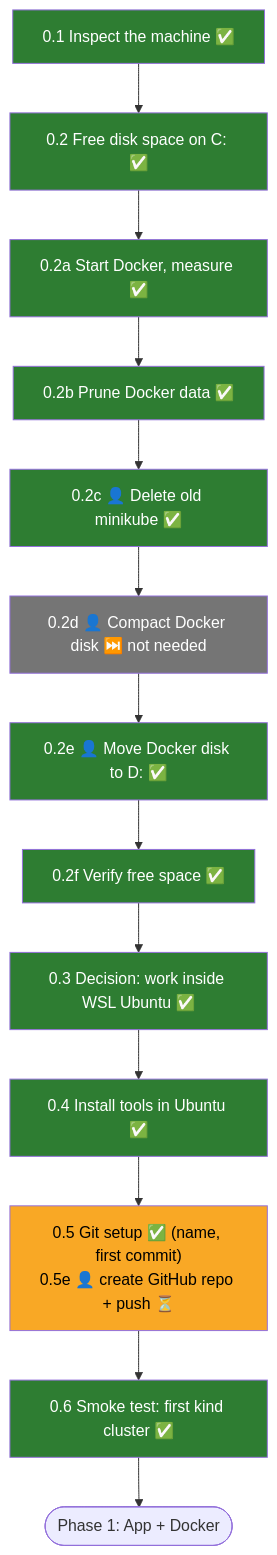
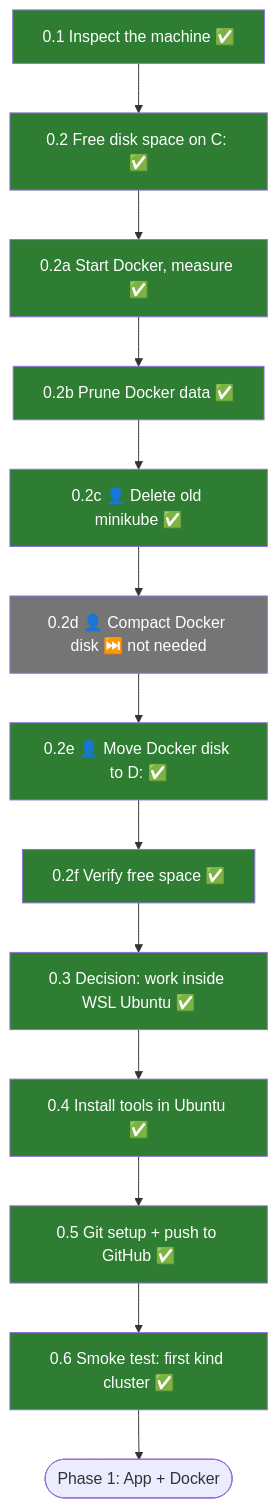
One commit to valinfernanda/devops-project changed the first of 6 diagrams in docs/00-setup.md. Above: the diagram before and after it, drawn with Mermaid. The commit also changed other lines of this file and 2 other files, not shown here.

Commit message:
docs: Phase 0 complete, repo pushed to GitHub

````diff
--- a/docs/00-setup.md
+++ b/docs/00-setup.md
@@ -15,22 +15,21 @@
 ```mermaid
 flowchart TD
     A["0.1 Inspect the machine ✅"] --> B["0.2 Free disk space on C: ✅"]
     B --> B1["0.2a Start Docker, measure ✅"]
     B1 --> B2["0.2b Prune Docker data ✅"]
     B2 --> B3["0.2c 👤 Delete old minikube ✅"]
     B3 --> B4["0.2d 👤 Compact Docker disk ⏭️ not needed"]
     B4 --> B5["0.2e 👤 Move Docker disk to D: ✅"]
     B5 --> B6["0.2f Verify free space ✅"]
     B6 --> C["0.3 Decision: work inside WSL Ubuntu ✅"]
     C --> D["0.4 Install tools in Ubuntu ✅"]
-    D --> E["0.5 Git setup ✅ (name, first commit)<br/>0.5e 👤 create GitHub repo + push ⏳"]
+    D --> E["0.5 Git setup + push to GitHub ✅"]
     E --> F["0.6 Smoke test: first kind cluster ✅"]
     F --> G(["Phase 1: App + Docker"])
 
     classDef done fill:#2e7d32,color:#fff
     classDef wait fill:#f9a825,color:#000
     classDef skip fill:#757575,color:#fff
-    class A,B,B1,B2,B3,B5,B6,C,D,F done
-    class E wait
+    class A,B,B1,B2,B3,B5,B6,C,D,E,F done
     class B4 skip
 ```
````
